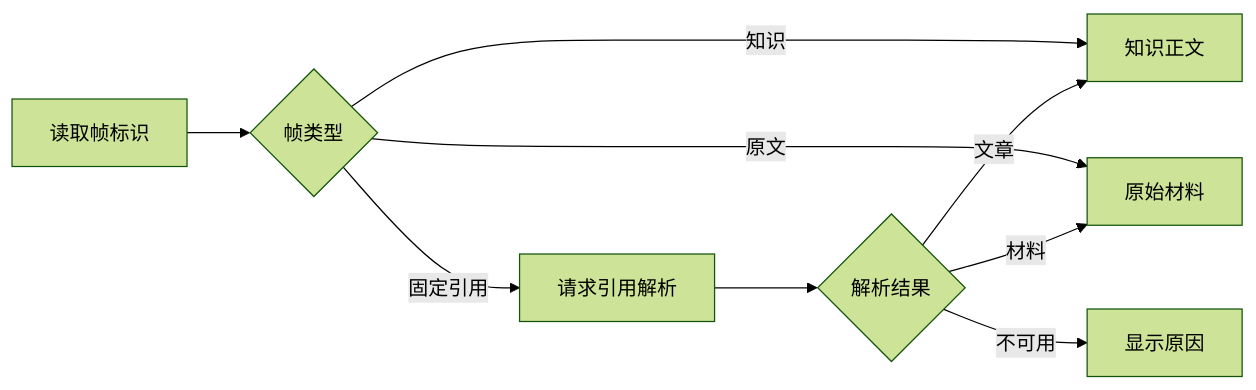
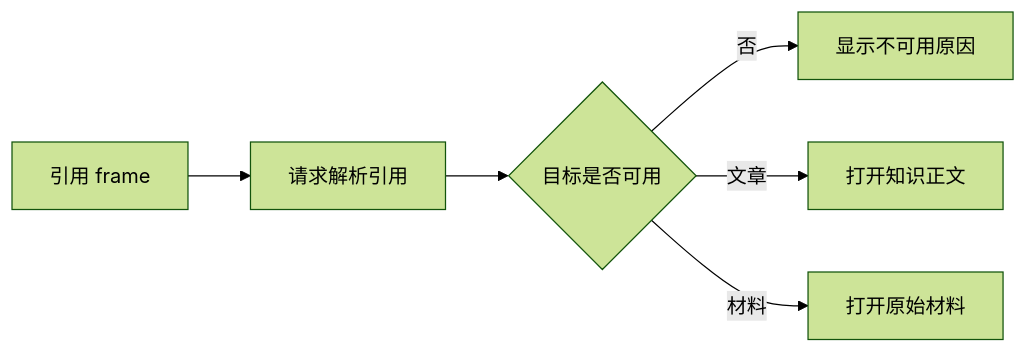
The diagram in .repo-review/knowledge/articles/0103d25c4803b215cdd1a6865c50244b68e3a2fdbcbac0c98feef02bc40a62d2.md (lejunyang/omem), drawn with Mermaid (forest theme) before and after one commit. The commit also changed other lines of this file and 97 other files, not shown here.

````diff
--- a/.repo-review/knowledge/articles/0103d25c4803b215cdd1a6865c50244b68e3a2fdbcbac0c98feef02bc40a62d2.md
+++ b/.repo-review/knowledge/articles/0103d25c4803b215cdd1a6865c50244b68e3a2fdbcbac0c98feef02bc40a62d2.md
@@ -19,11 +19,8 @@
 ```mermaid
 flowchart LR
-  A[读取帧标识] --> B{帧类型}
-  B -->|知识| C[知识正文]
-  B -->|原文| D[原始材料]
-  B -->|固定引用| E[请求引用解析]
-  E --> F{解析结果}
-  F -->|文章| C
-  F -->|材料| D
-  F -->|不可用| G[显示原因]
+  A[引用 frame] --> B[请求解析引用]
+  B --> C{目标是否可用}
+  C -->|否| D[显示不可用原因]
+  C -->|文章| E[打开知识正文]
+  C -->|材料| F[打开原始材料]
 ```
````
